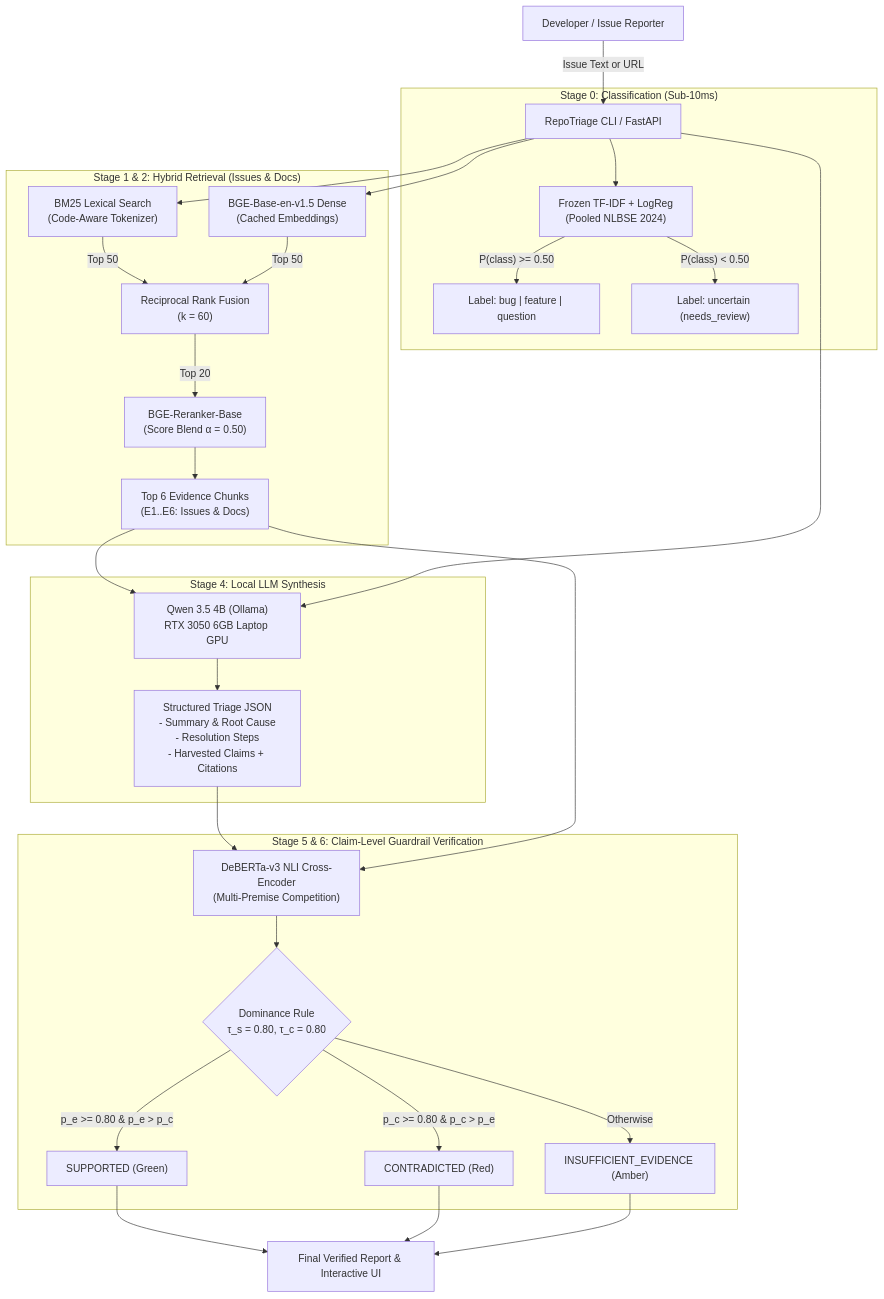
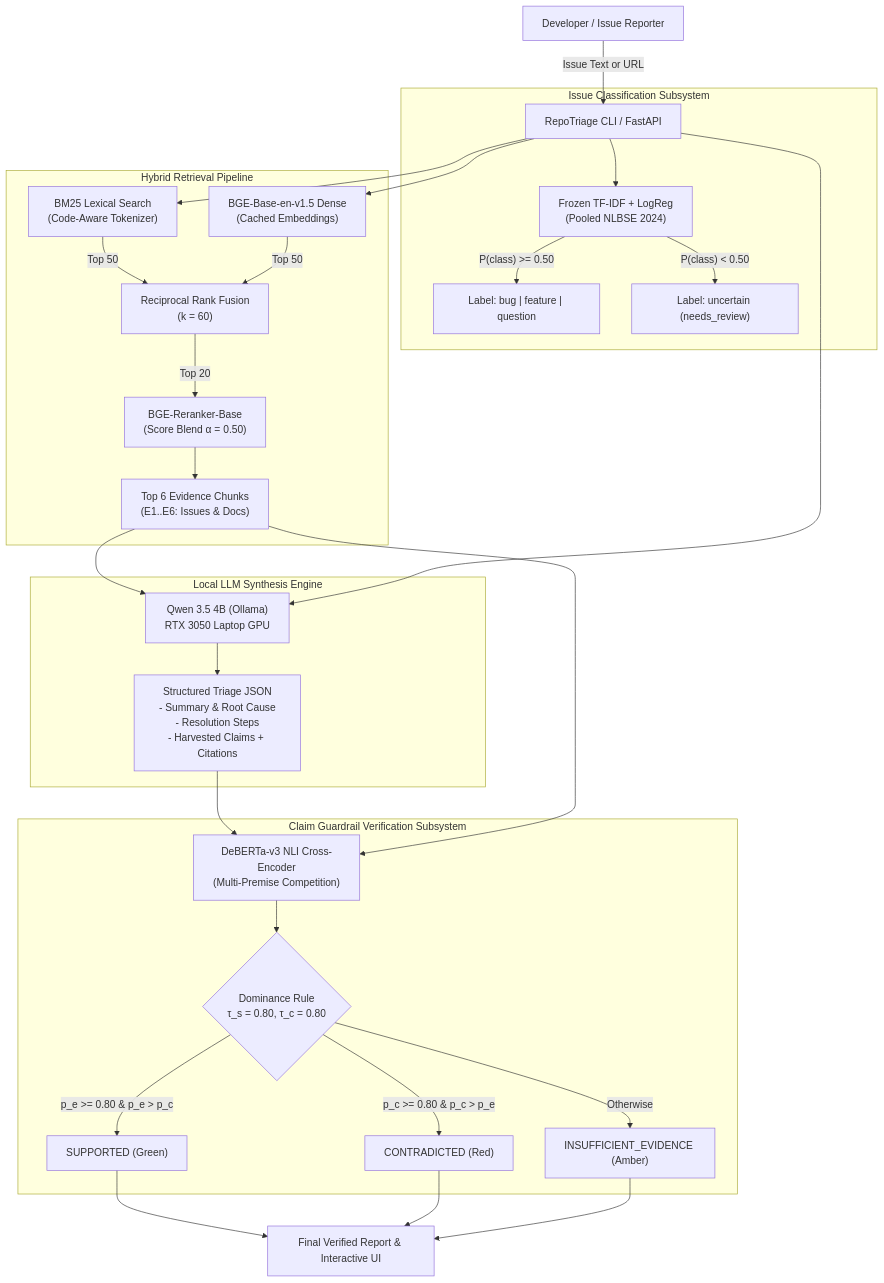
One commit to Sreevatsa0905/RepoTriage changed the diagram in README.md. Above: the diagram before and after it, drawn with Mermaid. The commit also changed other lines of this file and 13 other files, not shown here.

````diff
--- a/README.md
+++ b/README.md
@@ -9,38 +9,38 @@
 ```mermaid
 flowchart TD
     User["Developer / Issue Reporter"] -->|"Issue Text or URL"| CLI["RepoTriage CLI / FastAPI"]
     
-    subgraph S0 ["Stage 0: Classification (Sub-10ms)"]
+    subgraph S0 ["Issue Classification Subsystem"]
         CLI --> CLF["Frozen TF-IDF + LogReg<br/>(Pooled NLBSE 2024)"]
         CLF -->|"P(class) >= 0.50"| ClfLabel["Label: bug | feature | question"]
         CLF -->|"P(class) < 0.50"| ClfUncertain["Label: uncertain (needs_review)"]
     end
 
-    subgraph S1 ["Stage 1 & 2: Hybrid Retrieval (Issues & Docs)"]
+    subgraph S1 ["Hybrid Retrieval Pipeline"]
         CLI --> BM25["BM25 Lexical Search<br/>(Code-Aware Tokenizer)"]
         CLI --> Dense["BGE-Base-en-v1.5 Dense<br/>(Cached Embeddings)"]
         BM25 -->|"Top 50"| RRF["Reciprocal Rank Fusion<br/>(k = 60)"]
         Dense -->|"Top 50"| RRF
         RRF -->|"Top 20"| Rerank["BGE-Reranker-Base<br/>(Score Blend α = 0.50)"]
         Rerank --> Evidence["Top 6 Evidence Chunks<br/>(E1..E6: Issues & Docs)"]
     end
 
-    subgraph S3 ["Stage 4: Local LLM Synthesis"]
-        Evidence --> Qwen["Qwen 3.5 4B (Ollama)<br/>RTX 3050 6GB Laptop GPU"]
+    subgraph S3 ["Local LLM Synthesis Engine"]
+        Evidence --> Qwen["Qwen 3.5 4B (Ollama)<br/>RTX 3050 Laptop GPU"]
         CLI --> Qwen
         Qwen --> GenOut["Structured Triage JSON<br/>- Summary & Root Cause<br/>- Resolution Steps<br/>- Harvested Claims + Citations"]
     end
 
-    subgraph S4 ["Stage 5 & 6: Claim-Level Guardrail Verification"]
+    subgraph S4 ["Claim Guardrail Verification Subsystem"]
         GenOut --> NLI["DeBERTa-v3 NLI Cross-Encoder<br/>(Multi-Premise Competition)"]
         Evidence --> NLI
         NLI --> Dominance{"Dominance Rule<br/>τ_s = 0.80, τ_c = 0.80"}
         Dominance -->|"p_e >= 0.80 & p_e > p_c"| Supp["SUPPORTED (Green)"]
         Dominance -->|"p_c >= 0.80 & p_c > p_e"| Cont["CONTRADICTED (Red)"]
         Dominance -->|"Otherwise"| Insuff["INSUFFICIENT_EVIDENCE (Amber)"]
     end
 
     Supp --> Out["Final Verified Report & Interactive UI"]
     Cont --> Out
     Insuff --> Out
 ```
````
